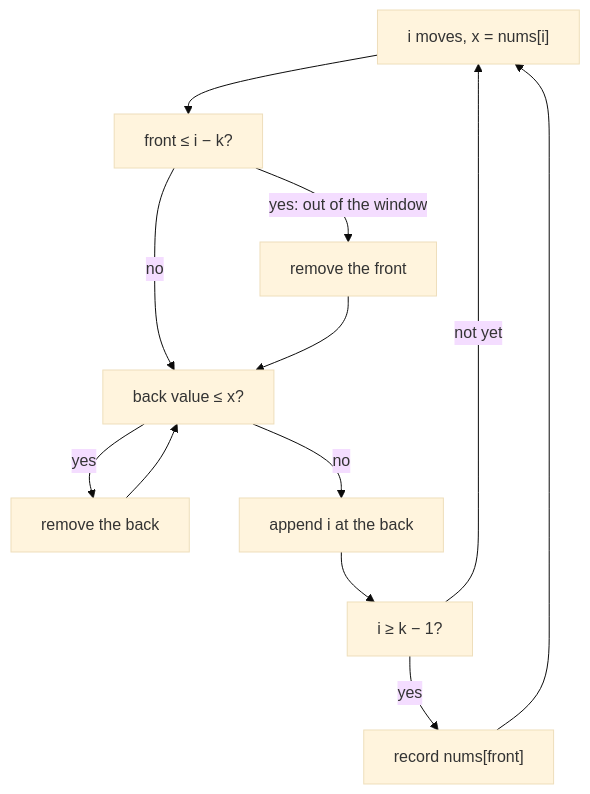
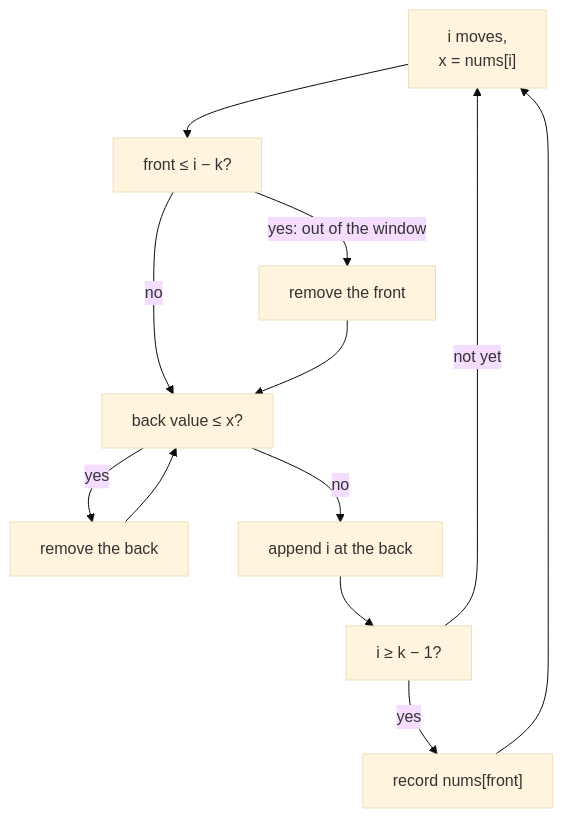
One commit to duongbui234/software-engineering-atlas changed the diagram in content/en/problems/sliding-window-maximum.md. Above: the diagram before and after it, drawn with Mermaid (base theme). The commit also changed 134 other files, not shown here.

First line of the commit message:
Fit every Mermaid diagram at 390px without sideways scroll (#56)

````diff
--- a/content/en/problems/sliding-window-maximum.md
+++ b/content/en/problems/sliding-window-maximum.md
@@ -47,14 +47,14 @@
 ```mermaid
 flowchart TB
-  A["i moves, x = nums[i]"] --> B["front ≤ i − k?"]
+  A["i moves,<br/>x = nums[i]"] --> B["front ≤ i − k?"]
   B -->|"yes: out of the window"| C["remove the front"]
   B -->|"no"| D["back value ≤ x?"]
   C --> D
   D -->|"yes"| E["remove the back"]
   E --> D
   D -->|"no"| F["append i at the back"]
   F --> G["i ≥ k − 1?"]
   G -->|"yes"| H["record nums[front]"]
   G -->|"not yet"| A
   H --> A
 ```
````
